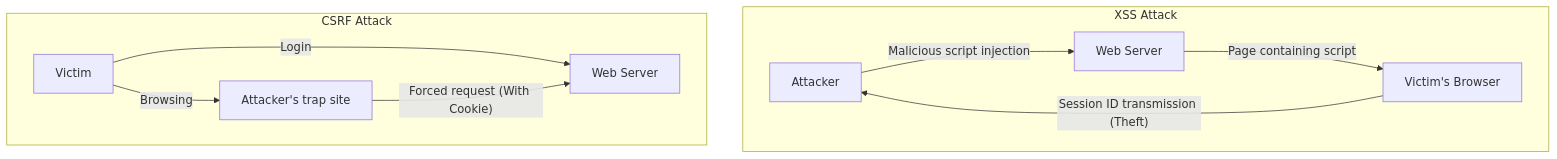
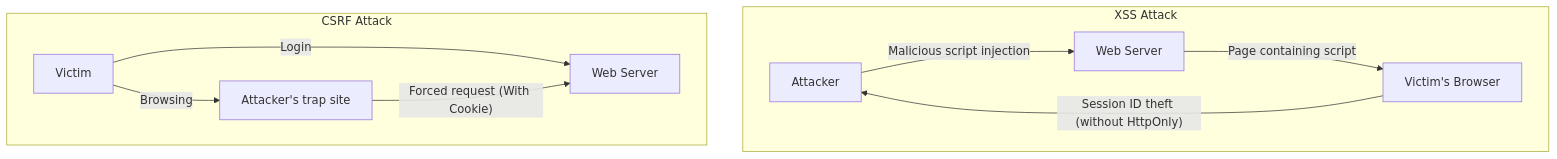
The diagram in content/post/cross-site-scripting-xss-csrf-security/index.en.md (kenjinote/blog), drawn with Mermaid before and after one commit. The commit also changed other lines of this file and 28 other files, not shown here.

````diff
--- a/content/post/cross-site-scripting-xss-csrf-security/index.en.md
+++ b/content/post/cross-site-scripting-xss-csrf-security/index.en.md
@@ -134,14 +138,14 @@
 ```mermaid
 graph TD
     subgraph XSS Attack
         A["Attacker"] -- "Malicious script injection" --> B["Web Server"]
         B -- "Page containing script" --> C["Victim's Browser"]
-        C -- "Session ID transmission (Theft)" --> A
+        C -- "Session ID theft (without HttpOnly)" --> A
     end
 
     subgraph CSRF Attack
         D["Victim"] -- "Login" --> E["Web Server"]
         D -- "Browsing" --> F["Attacker's trap site"]
         F -- "Forced request (With Cookie)" --> E
     end
 ```
````
